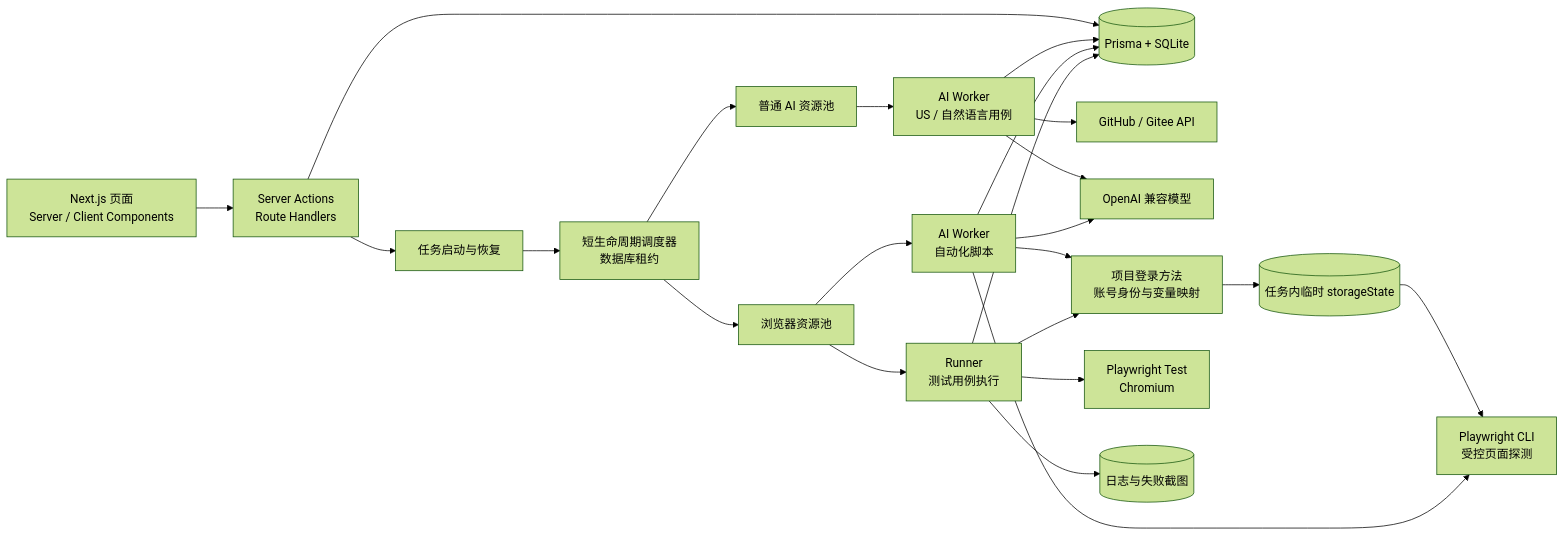
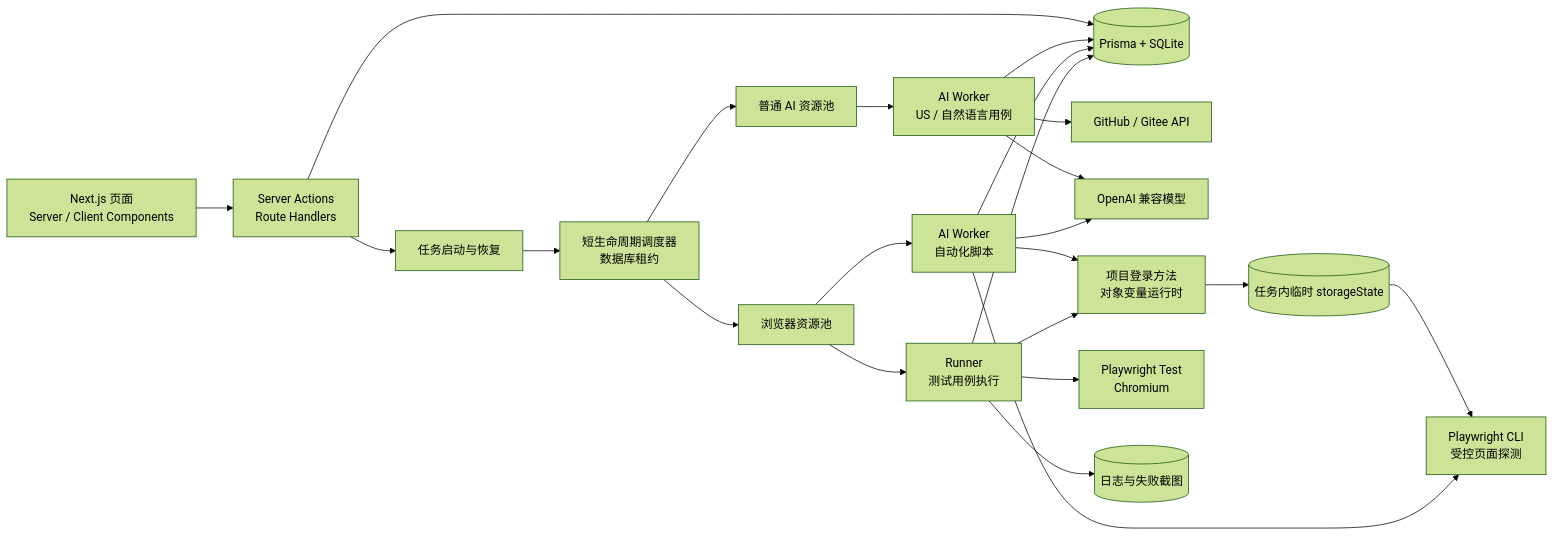
The first of 2 diagrams in README.md (qianzgcn/spec-chain), drawn with Mermaid (forest theme) before and after one commit. The commit also changed other lines of this file and 82 other files, not shown here.

````diff
--- a/README.md
+++ b/README.md
@@ -139,43 +139,43 @@
 ```mermaid
 flowchart LR
   UI["Next.js 页面<br/>Server / Client Components"]
   ENTRY["Server Actions<br/>Route Handlers"]
   DB[("Prisma + SQLite")]
   LAUNCHER["任务启动与恢复"]
   SCHEDULER["短生命周期调度器<br/>数据库租约"]
   AI_POOL["普通 AI 资源池"]
   BROWSER_POOL["浏览器资源池"]
   AI_WORKER["AI Worker<br/>US / 自然语言用例"]
   SCRIPT_WORKER["AI Worker<br/>自动化脚本"]
   RUNNER["Runner<br/>测试用例执行"]
   REPO["GitHub / Gitee API"]
   MODEL["OpenAI 兼容模型"]
-  AUTH["项目登录方法<br/>账号身份与变量映射"]
+  AUTH["项目登录方法<br/>对象变量运行时"]
   STATE[("任务内临时 storageState")]
   CLI["Playwright CLI<br/>受控页面探测"]
   PW["Playwright Test<br/>Chromium"]
   ARTIFACTS[("日志与失败截图")]
 
   UI --> ENTRY
   ENTRY --> DB
   ENTRY --> LAUNCHER
   LAUNCHER --> SCHEDULER
   SCHEDULER --> AI_POOL
   SCHEDULER --> BROWSER_POOL
   AI_POOL --> AI_WORKER
   BROWSER_POOL --> SCRIPT_WORKER
   BROWSER_POOL --> RUNNER
   AI_WORKER --> REPO
   AI_WORKER --> MODEL
   SCRIPT_WORKER --> MODEL
   SCRIPT_WORKER --> AUTH
   AUTH --> STATE
   STATE --> CLI
   SCRIPT_WORKER --> CLI
   RUNNER --> AUTH
   RUNNER --> PW
   AI_WORKER --> DB
   SCRIPT_WORKER --> DB
   RUNNER --> DB
   RUNNER --> ARTIFACTS
 ```
````
